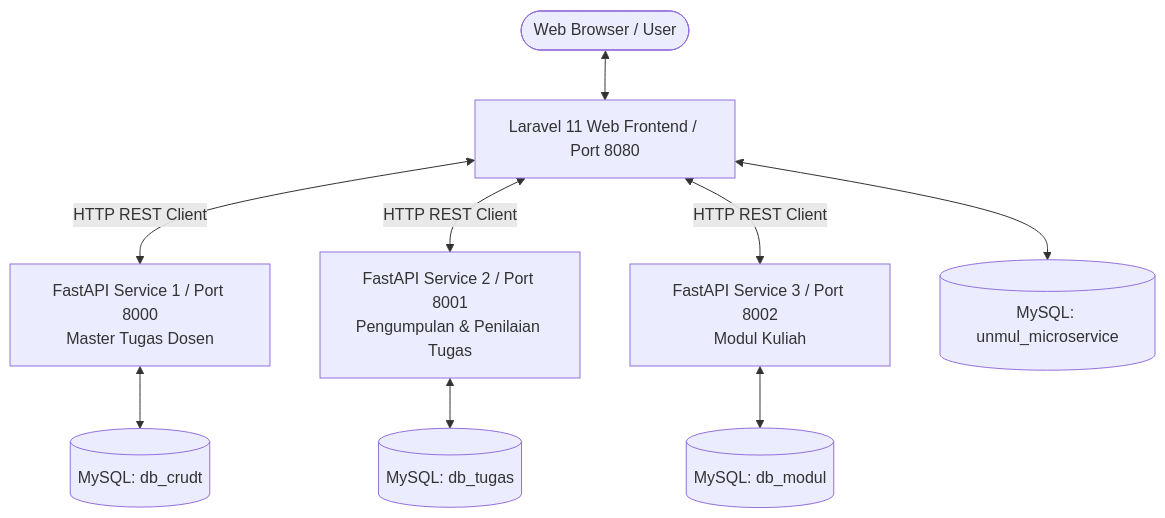
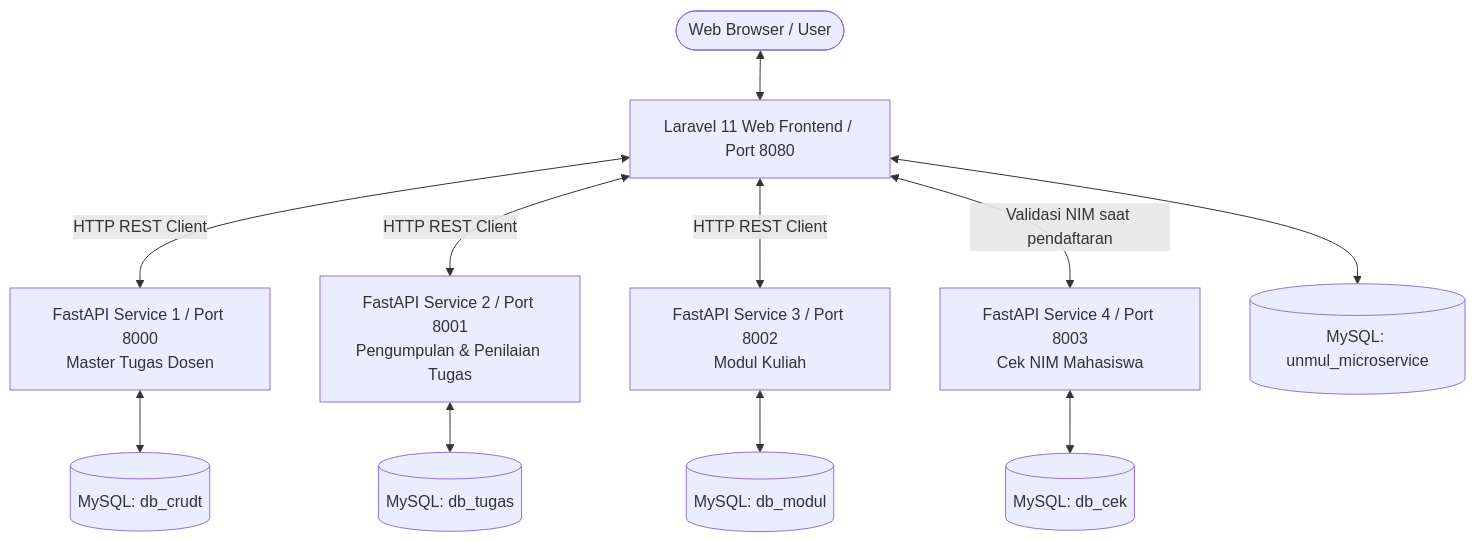
One commit to FlucLight/unmul_microservice changed the diagram in README.md. Above: the diagram before and after it, drawn with Mermaid. The commit also changed other lines of this file and 20 other files, not shown here.

````diff
--- a/README.md
+++ b/README.md
@@ -39,11 +39,13 @@
 ```mermaid
 graph TD
     User([Web Browser / User]) <--> Laravel[Laravel 11 Web Frontend / Port 8080]
     Laravel <-->|HTTP REST Client| API1[FastAPI Service 1 / Port 8000<br/>Master Tugas Dosen]
     Laravel <-->|HTTP REST Client| API2[FastAPI Service 2 / Port 8001<br/>Pengumpulan & Penilaian Tugas]
     Laravel <-->|HTTP REST Client| API3[FastAPI Service 3 / Port 8002<br/>Modul Kuliah]
+    Laravel <-->|Validasi NIM saat pendaftaran| API4[FastAPI Service 4 / Port 8003<br/>Cek NIM Mahasiswa]
     Laravel <--> DBLaravel[(MySQL: unmul_microservice)]
     API1 <--> DB1[(MySQL: db_crudt)]
     API2 <--> DB2[(MySQL: db_tugas)]
     API3 <--> DB3[(MySQL: db_modul)]
+    API4 <--> DB4[(MySQL: db_cek)]
 ```
````
